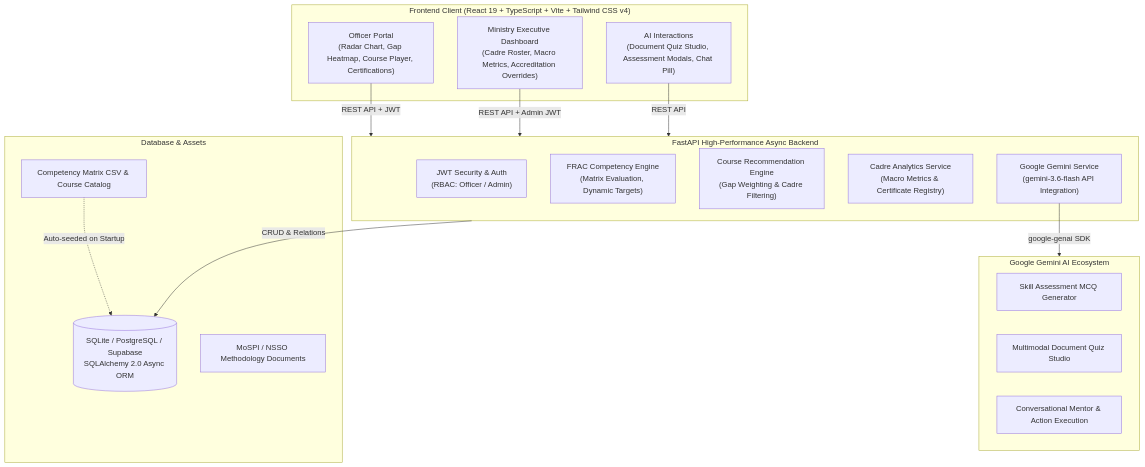
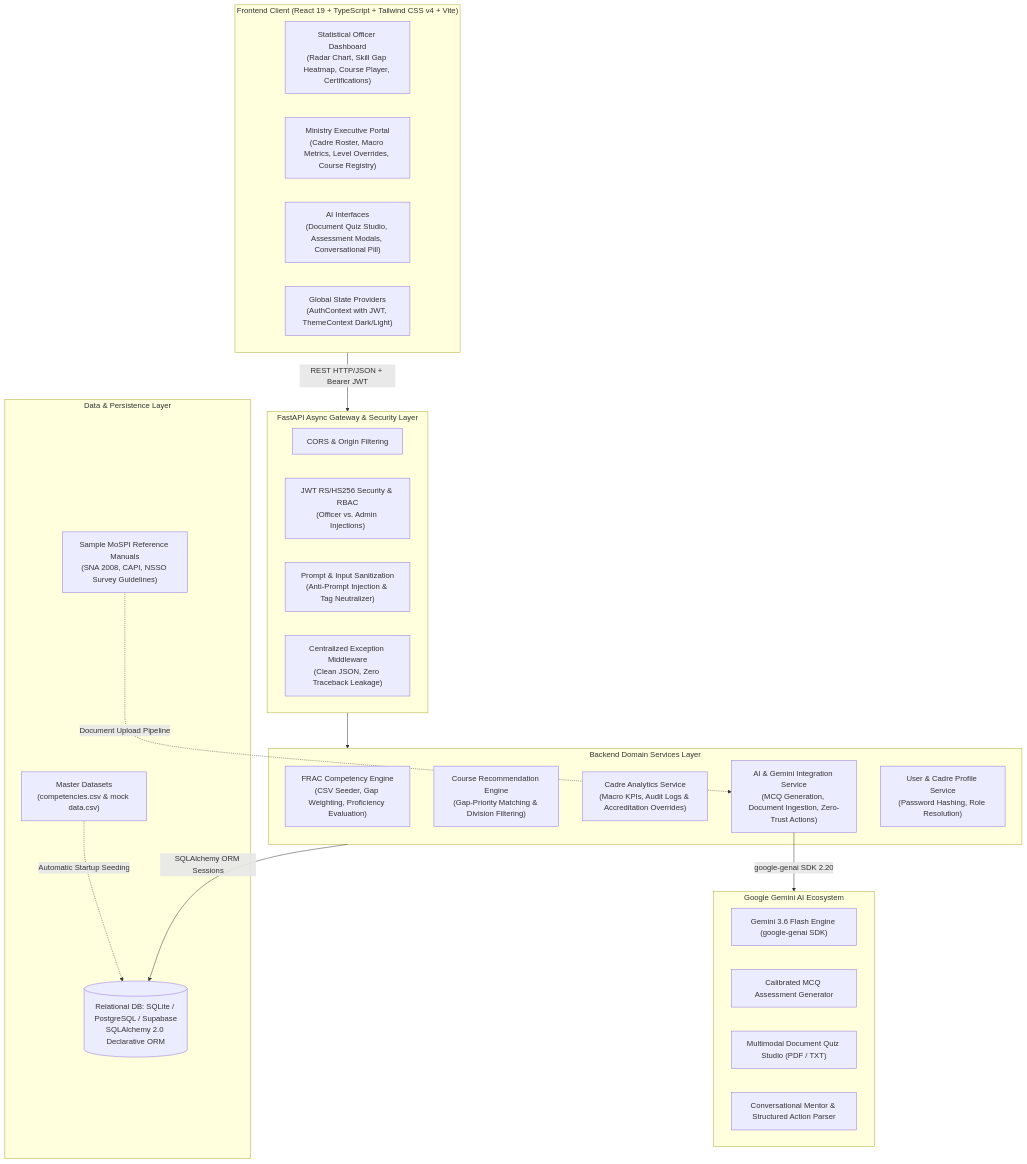
Before and after one commit to IndoRexian/Viksit: the first of 2 diagrams in README.md, drawn with Mermaid. The commit also changed other lines of this file, not shown here.

````diff
--- a/README.md
+++ b/README.md
@@ -55,36 +66,44 @@
 ```mermaid
 graph TB
-    subgraph Frontend["Frontend Client (React 19 + TypeScript + Vite + Tailwind CSS v4)"]
-        UI_Officer["Officer Portal\n(Radar Chart, Gap Heatmap, Course Player, Certifications)"]
-        UI_Admin["Ministry Executive Dashboard\n(Cadre Roster, Macro Metrics, Accreditation Overrides)"]
-        UI_AI["AI Interactions\n(Document Quiz Studio, Assessment Modals, Chat Pill)"]
+    subgraph Frontend["Frontend Client (React 19 + TypeScript + Tailwind CSS v4 + Vite)"]
+        UI_Officer["Statistical Officer Dashboard\n(Radar Chart, Skill Gap Heatmap, Course Player, Certifications)"]
+        UI_Admin["Ministry Executive Portal\n(Cadre Roster, Macro Metrics, Level Overrides, Course Registry)"]
+        UI_AI["AI Interfaces\n(Document Quiz Studio, Assessment Modals, Conversational Pill)"]
+        UI_Context["Global State Providers\n(AuthContext with JWT, ThemeContext Dark/Light)"]
     end
 
-    subgraph Backend["FastAPI High-Performance Async Backend"]
-        AuthModule["JWT Security & Auth\n(RBAC: Officer / Admin)"]
-        CompEngine["FRAC Competency Engine\n(Matrix Evaluation, Dynamic Targets)"]
-        RecEngine["Course Recommendation Engine\n(Gap Weighting & Cadre Filtering)"]
-        AdminService["Cadre Analytics Service\n(Macro Metrics & Certificate Registry)"]
-        AIService["Google Gemini Service\n(gemini-3.6-flash API Integration)"]
+    subgraph Gateway["FastAPI Async Gateway & Security Layer"]
+        CORS["CORS & Origin Filtering"]
+        JWT_Auth["JWT RS/HS256 Security & RBAC\n(Officer vs. Admin Injections)"]
+        Sanitizer["Prompt & Input Sanitization\n(Anti-Prompt Injection & Tag Neutralizer)"]
+        ExceptionHandling["Centralized Exception Middleware\n(Clean JSON, Zero Traceback Leakage)"]
     end
 
-    subgraph External_AI["Google Gemini AI Ecosystem"]
-        GeminiQuiz["Skill Assessment MCQ Generator"]
-        GeminiDoc["Multimodal Document Quiz Studio"]
-        GeminiChat["Conversational Mentor & Action Execution"]
+    subgraph CoreServices["Backend Domain Services Layer"]
+        CompEngine["FRAC Competency Engine\n(CSV Seeder, Gap Weighting, Proficiency Evaluation)"]
+        RecEngine["Course Recommendation Engine\n(Gap-Priority Matching & Division Filtering)"]
+        AdminService["Cadre Analytics Service\n(Macro KPIs, Audit Logs & Accreditation Overrides)"]
+        AIService["AI & Gemini Integration Service\n(MCQ Generation, Document Ingestion, Zero-Trust Actions)"]
+        UserService["User & Cadre Profile Service\n(Password Hashing, Role Resolution)"]
     end
 
-    subgraph Storage["Database & Assets"]
-        DB[(SQLite / PostgreSQL / Supabase\nSQLAlchemy 2.0 Async ORM)]
-        SeedData["Competency Matrix CSV & Course Catalog"]
-        SampleDocs["MoSPI / NSSO Methodology Documents"]
+    subgraph AI_Ecosystem["Google Gemini AI Ecosystem"]
+        Gemini36["Gemini 3.6 Flash Engine (google-genai SDK)"]
+        MCQPrompt["Calibrated MCQ Assessment Generator"]
+        DocQuiz["Multimodal Document Quiz Studio (PDF / TXT)"]
+        ChatMentor["Conversational Mentor & Structured Action Parser"]
     end
 
-    UI_Officer -->|REST API + JWT| Backend
-    UI_Admin -->|REST API + Admin JWT| Backend
-    UI_AI -->|REST API| Backend
+    subgraph StorageLayer["Data & Persistence Layer"]
+        DB[(Relational DB: SQLite / PostgreSQL / Supabase\nSQLAlchemy 2.0 Declarative ORM)]
+        SeedData["Master Datasets\n(competencies.csv & mock data.csv)"]
+        MethodologyFiles["Sample MoSPI Reference Manuals\n(SNA 2008, CAPI, NSSO Survey Guidelines)"]
+    end
 
-    AIService -->|google-genai SDK| External_AI
-    Backend -->|CRUD & Relations| DB
-    SeedData -.->|Auto-seeded on Startup| DB
+    Frontend -->|REST HTTP/JSON + Bearer JWT| Gateway
+    Gateway --> CoreServices
+    CoreServices -->|SQLAlchemy ORM Sessions| DB
+    AIService -->|google-genai SDK 2.20| AI_Ecosystem
+    SeedData -.->|Automatic Startup Seeding| DB
+    MethodologyFiles -.->|Document Upload Pipeline| AIService
 ```
````
